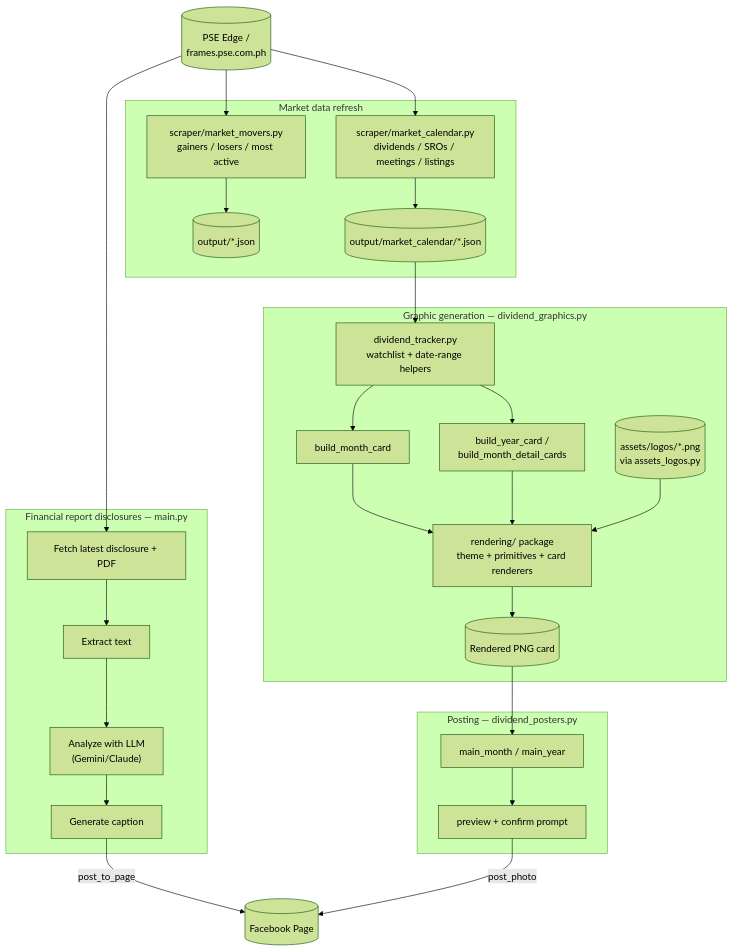
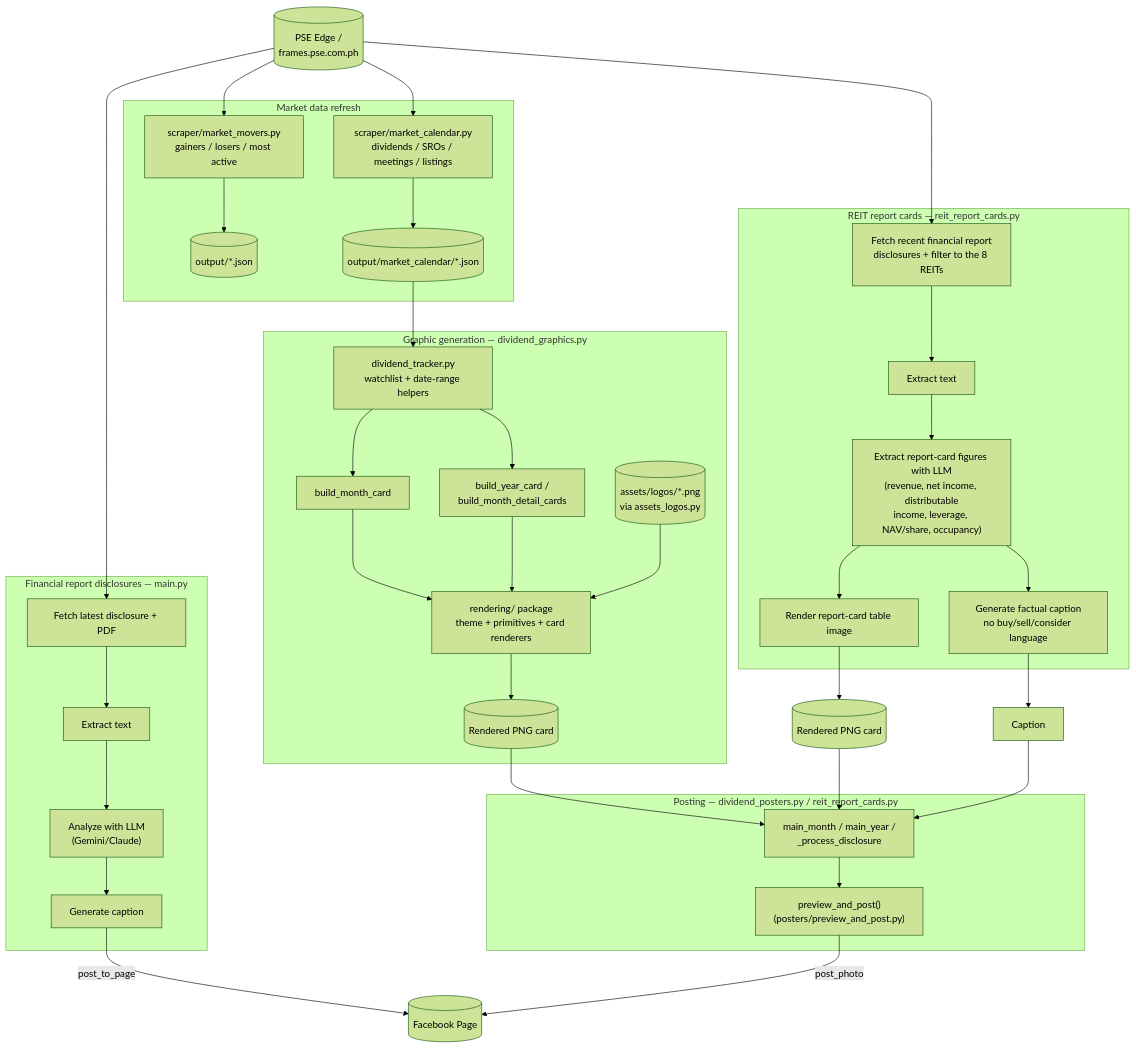
One commit to carljustineoyales/ai_financial_sns_page changed the diagram in README.md. Above: the diagram before and after it, drawn with Mermaid (forest theme). The commit also changed other lines of this file and 7 other files, not shown here.

First line of the commit message:
feat(reit-report-cards): add mechanical per-filing REIT report card posts

````diff
--- a/README.md
+++ b/README.md
@@ -37,49 +52,64 @@
 ```mermaid
 flowchart TD
     PSE[(PSE Edge /\nframes.pse.com.ph)]
 
     subgraph Disclosures["Financial report disclosures — main.py"]
         D1[Fetch latest disclosure + PDF]
         D2[Extract text]
         D3["Analyze with LLM\n(Gemini/Claude)"]
         D4[Generate caption]
         D1 --> D2 --> D3 --> D4
     end
     PSE --> D1
+
+    subgraph ReitCards["REIT report cards — reit_report_cards.py"]
+        RC1["Fetch recent financial report\ndisclosures + filter to the 8 REITs"]
+        RC2[Extract text]
+        RC3["Extract report-card figures with LLM\n(revenue, net income, distributable\nincome, leverage, NAV/share, occupancy)"]
+        RC4[Render report-card table image]
+        RC5[Generate factual caption\nno buy/sell/consider language]
+        RC1 --> RC2 --> RC3 --> RC4
+        RC3 --> RC5
+    end
+    PSE --> RC1
+    RC4 --> RCPNG[(Rendered PNG card)]
+    RC5 --> RCCAP[Caption]
 
     subgraph MarketData["Market data refresh"]
         M1["scraper/market_movers.py\ngainers / losers / most active"]
         M2["scraper/market_calendar.py\ndividends / SROs / meetings / listings"]
         OUT1[(output/*.json)]
         OUT2[(output/market_calendar/*.json)]
         M1 --> OUT1
         M2 --> OUT2
     end
     PSE --> M1
     PSE --> M2
 
     subgraph Graphics["Graphic generation — dividend_graphics.py"]
         WL["dividend_tracker.py\nwatchlist + date-range helpers"]
         G1[build_month_card]
         G2[build_year_card /\nbuild_month_detail_cards]
         R["rendering/ package\ntheme + primitives + card renderers"]
         LOGOS[(assets/logos/*.png\nvia assets_logos.py)]
         PNG[(Rendered PNG card)]
         WL --> G1 --> R
         WL --> G2 --> R
         LOGOS --> R
         R --> PNG
     end
     OUT2 --> WL
 
-    subgraph Posting["Posting — dividend_posters.py"]
-        P1[main_month / main_year]
-        P2[preview + confirm prompt]
+    subgraph Posting["Posting — dividend_posters.py / reit_report_cards.py"]
+        P1[main_month / main_year /\n_process_disclosure]
+        P2["preview_and_post()\n(posters/preview_and_post.py)"]
         P1 --> P2
     end
     PNG --> P1
+    RCPNG --> P1
+    RCCAP --> P1
 
     FB[(Facebook Page)]
     D4 -- post_to_page --> FB
     P2 -- post_photo --> FB
 ```
````
